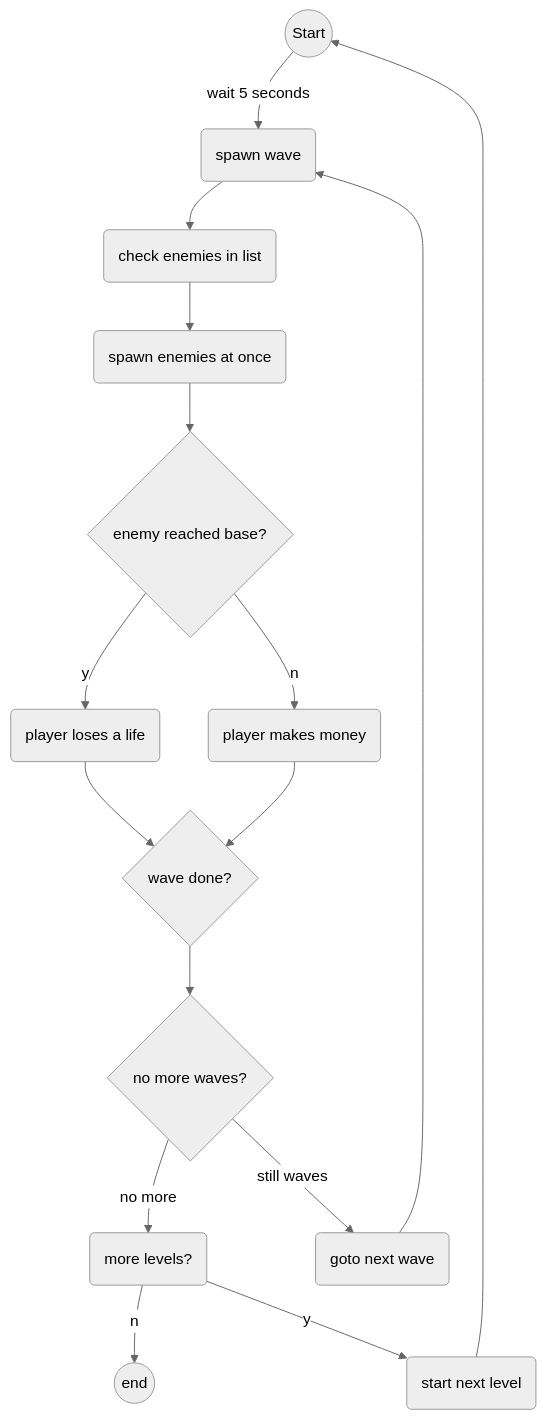
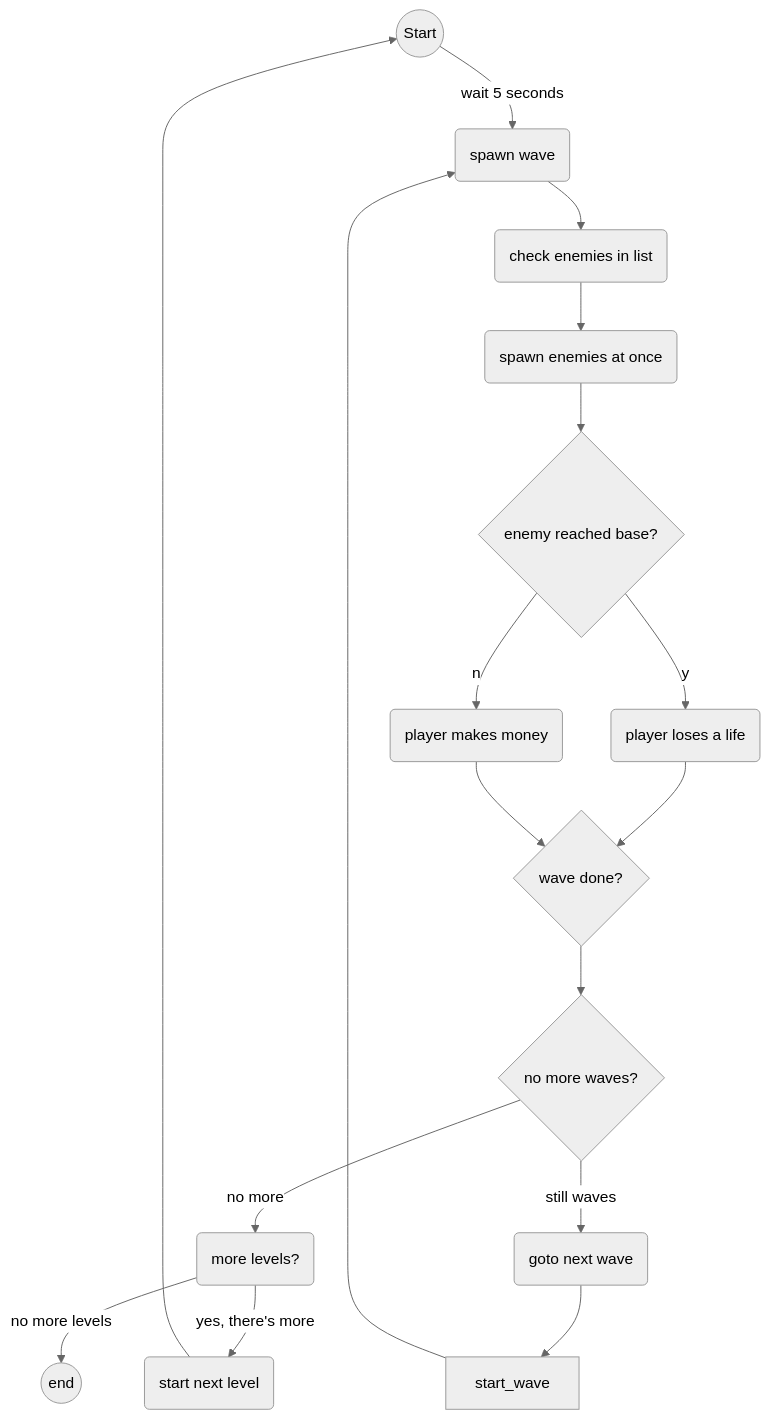
One commit to spookyboy2000/SproutScape changed the diagram in README.md. Above: the diagram before and after it, drawn with Mermaid (neutral theme). The commit also changed other lines of this file, not shown here.

````diff
--- a/README.md
+++ b/README.md
@@ -36,21 +2,23 @@
 ```mermaid
 flowchart TD
 
-s((Start)) -->|wait 5 seconds| sw(spawn wave)
-sw --> ce(check enemies in list)
-ce --> se(spawn enemies at once)
-se --> br{enemy reached base?}
-br -->|y| pl(player loses a life)
-br -->|n| gm(player makes money)
-pl --> wd{wave done?}
-gm --> wd
-wd --> nmw{no more waves?}
-nmw -->|no more| ml(more levels?)
-nmw -->|still waves| nw(goto next wave)
-nw --> sw
-ml -->|n| e((end))
-ml -->|y| nl(start next level)
-nl --> s
+start((Start)) -->|wait 5 seconds| spawn_w(spawn wave)
+spawn_w --> checken(check enemies in list)
+checken --> spawn_e(spawn enemies at once)
+spawn_e --> reached_base{enemy reached base?}
+reached_base -->|y| lose_life(player loses a life)
+reached_base -->|n| money(player makes money)
+lose_life --> wave_done{wave done?}
+money --> wave_done
 
+no_more_waves{no more waves?} -->|no more| more_lev(more levels?)
+wave_done --> no_more_waves
+no_more_waves -->|still waves| next_wave(goto next wave)
+next_wave --> start_wave
+start_wave --> spawn_w
+more_lev -->|yes, there's more| next_lev(start next level)
 
+more_lev -->|no more levels| end_d((end))
+
+next_lev --> start
 ```
````
